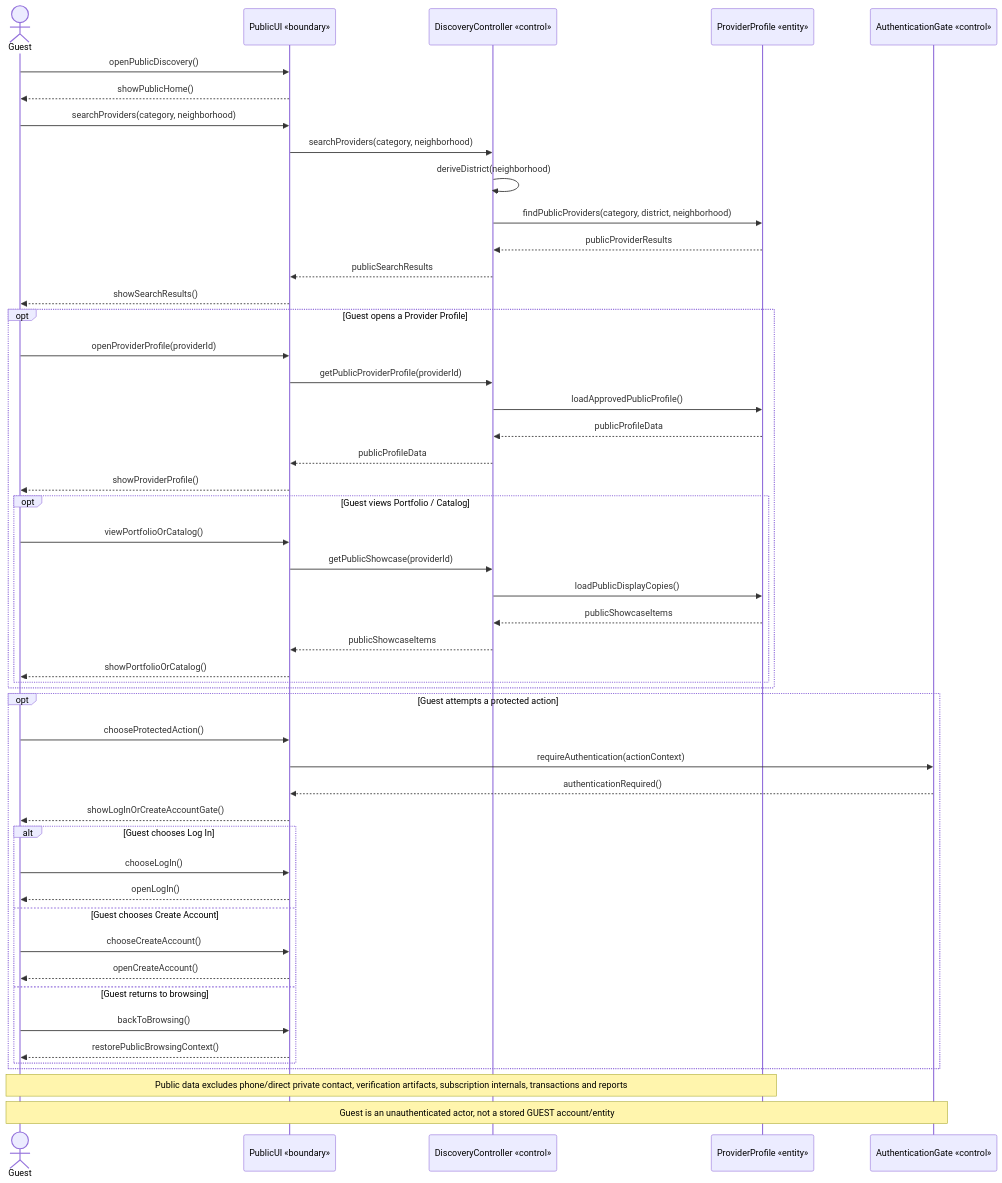
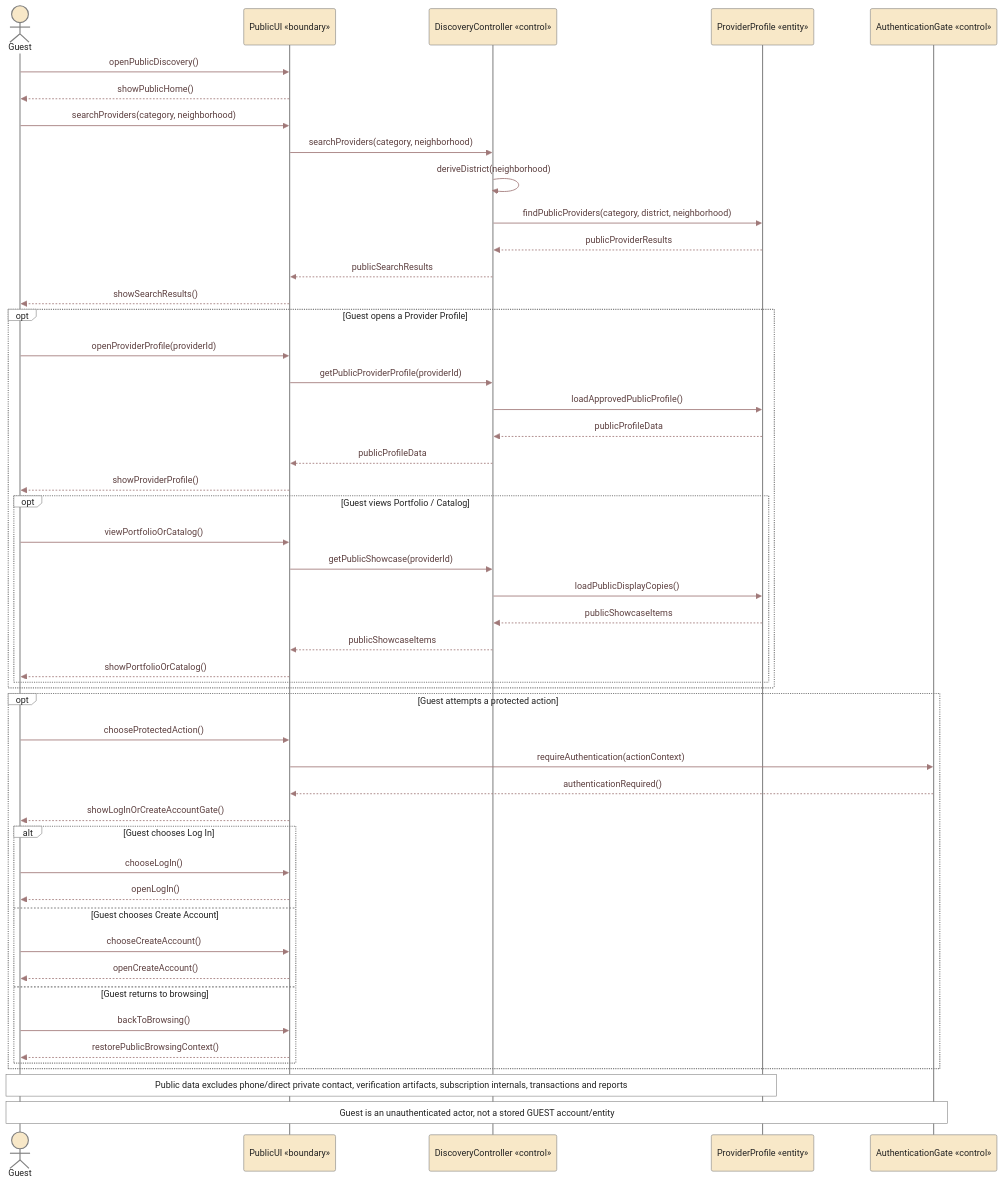
The diagram in diagrams/03-analysis/uml/sequence/seq-17-guest-public-browsing-sequence.md (Yadd-SanaaUniversityGraduationProject/yadd), drawn with Mermaid before and after one commit. The commit also changed other lines of this file, not shown here.

Commit message:
uml: synchronize Sequence  visual style

````diff
--- a/diagrams/03-analysis/uml/sequence/seq-17-guest-public-browsing-sequence.md
+++ b/diagrams/03-analysis/uml/sequence/seq-17-guest-public-browsing-sequence.md
@@ -17,58 +17,59 @@
 ```mermaid
+%%{init: {"theme":"base","themeVariables":{"background":"#FFFFFF","fontFamily":"Arial","actorBkg":"#F8E8C8","actorBorder":"#7E7E7E","actorTextColor":"#222222","actorLineColor":"#8A8A8A","signalColor":"#A07878","signalTextColor":"#5C3F3F","labelBoxBkgColor":"#FFFFFF","labelBoxBorderColor":"#7E7E7E","labelTextColor":"#222222","loopTextColor":"#222222","noteBkgColor":"#FFFFFF","noteBorderColor":"#7E7E7E","noteTextColor":"#222222","activationBkgColor":"#C8E0E8","activationBorderColor":"#7B969C","sequenceNumberColor":"#222222"}}}%%
 sequenceDiagram
     actor G as Guest
     participant UI as PublicUI «boundary»
     participant DC as DiscoveryController «control»
     participant PP as ProviderProfile «entity»
     participant AG as AuthenticationGate «control»
 
     G->>UI: openPublicDiscovery()
     UI-->>G: showPublicHome()
 
     G->>UI: searchProviders(category, neighborhood)
     UI->>DC: searchProviders(category, neighborhood)
     DC->>DC: deriveDistrict(neighborhood)
     DC->>PP: findPublicProviders(category, district, neighborhood)
     PP-->>DC: publicProviderResults
     DC-->>UI: publicSearchResults
     UI-->>G: showSearchResults()
 
     opt Guest opens a Provider Profile
         G->>UI: openProviderProfile(providerId)
         UI->>DC: getPublicProviderProfile(providerId)
         DC->>PP: loadApprovedPublicProfile()
         PP-->>DC: publicProfileData
         DC-->>UI: publicProfileData
         UI-->>G: showProviderProfile()
 
         opt Guest views Portfolio / Catalog
             G->>UI: viewPortfolioOrCatalog()
             UI->>DC: getPublicShowcase(providerId)
             DC->>PP: loadPublicDisplayCopies()
             PP-->>DC: publicShowcaseItems
             DC-->>UI: publicShowcaseItems
             UI-->>G: showPortfolioOrCatalog()
         end
     end
 
     opt Guest attempts a protected action
         G->>UI: chooseProtectedAction()
         UI->>AG: requireAuthentication(actionContext)
         AG-->>UI: authenticationRequired()
         UI-->>G: showLogInOrCreateAccountGate()
 
         alt Guest chooses Log In
             G->>UI: chooseLogIn()
             UI-->>G: openLogIn()
         else Guest chooses Create Account
             G->>UI: chooseCreateAccount()
             UI-->>G: openCreateAccount()
         else Guest returns to browsing
             G->>UI: backToBrowsing()
             UI-->>G: restorePublicBrowsingContext()
         end
     end
 
     Note over G,PP: Public data excludes phone/direct private contact, verification artifacts, subscription internals, transactions and reports
     Note over G,AG: Guest is an unauthenticated actor, not a stored GUEST account/entity
 ```
````
